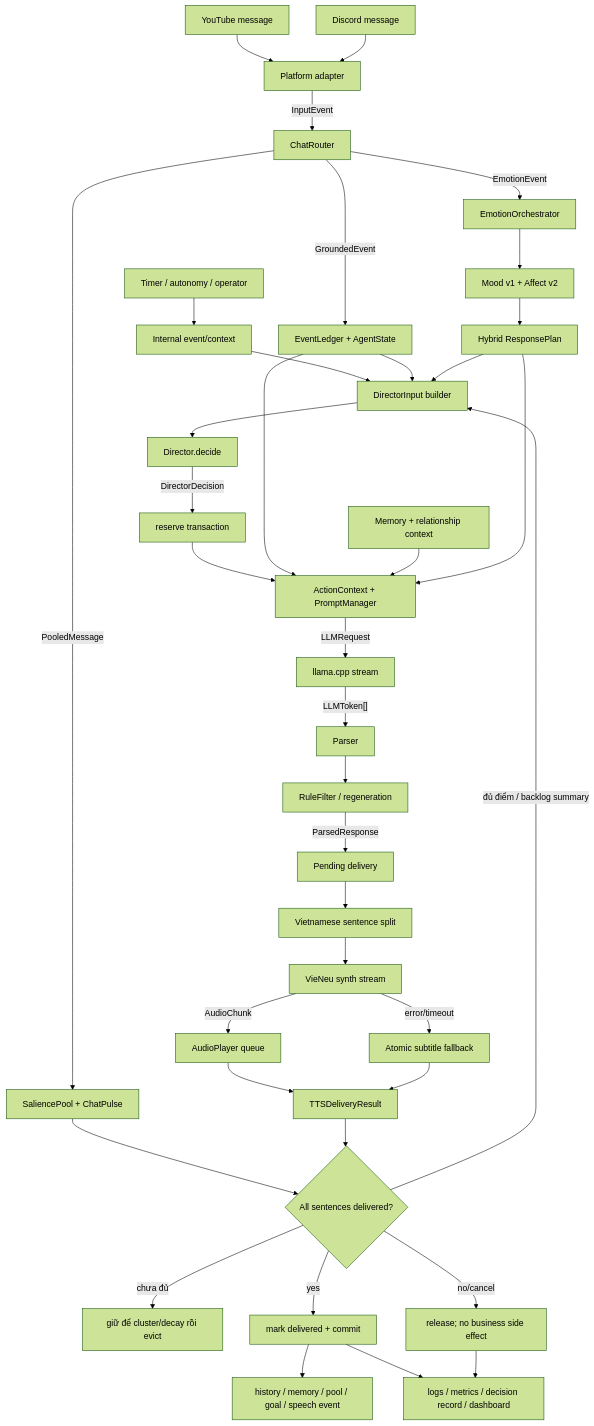
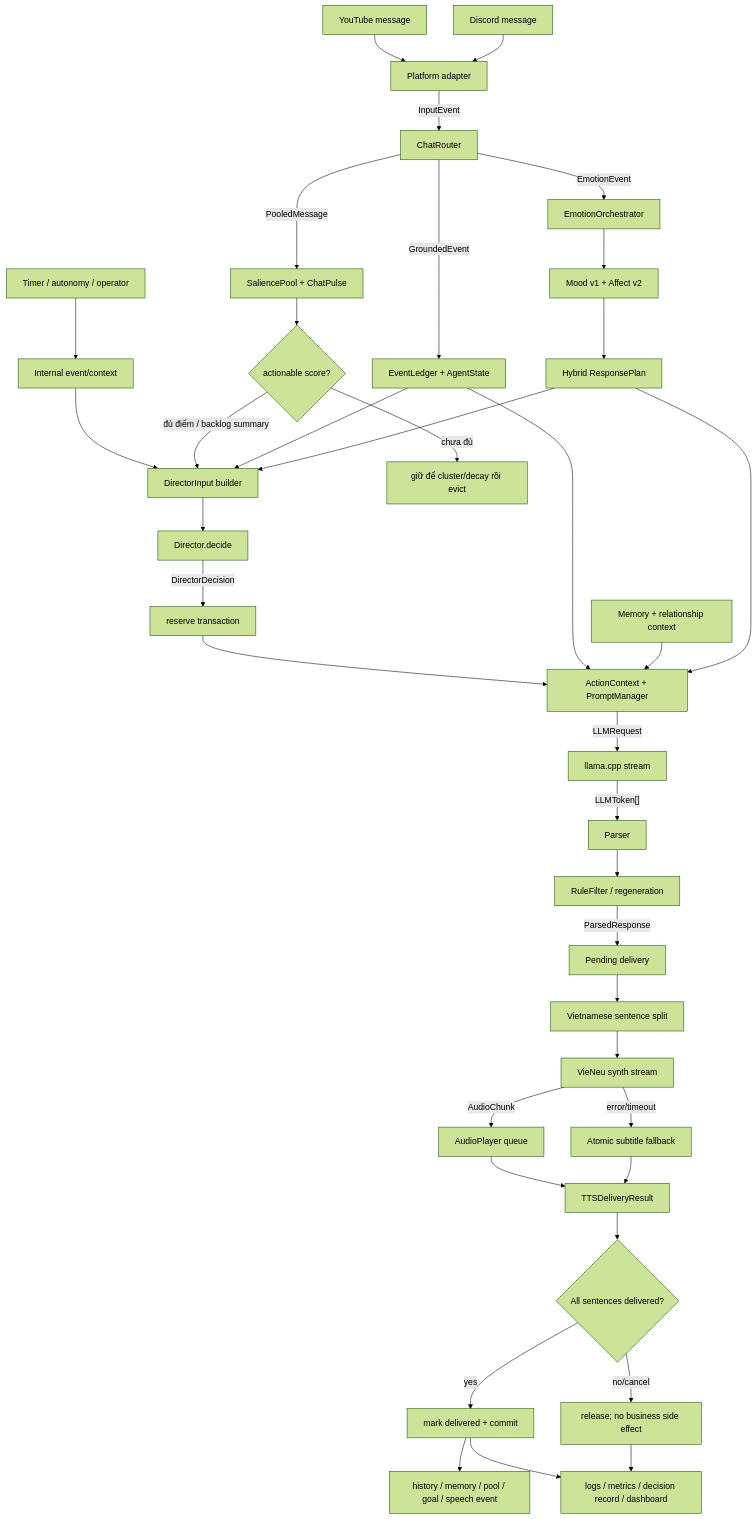
One commit to nguyenquang19/VTUBER_PROJECT changed the first of 3 diagrams in v1.0/docs/02_DATA_PIPELINE.md. Above: the diagram before and after it, drawn with Mermaid (forest theme). The commit also changed other lines of this file and 27 other files, not shown here.

````diff
--- a/v1.0/docs/02_DATA_PIPELINE.md
+++ b/v1.0/docs/02_DATA_PIPELINE.md
@@ -5,40 +10,40 @@
 ```mermaid
 flowchart TD
     I1["YouTube message"] --> AD["Platform adapter"]
     I2["Discord message"] --> AD
     I3["Timer / autonomy / operator"] --> IN["Internal event/context"]
     AD -->|"InputEvent"| ROUTER["ChatRouter"]
     ROUTER -->|"EmotionEvent"| EMO["EmotionOrchestrator"]
     EMO --> MOOD["Mood v1 + Affect v2"]
     MOOD --> PLAN["Hybrid ResponsePlan"]
     ROUTER -->|"PooledMessage"| SAL["SaliencePool + ChatPulse"]
-    SAL --> GATE{"actionable score?"}
+    SAL --> ACTION_GATE{"actionable score?"}
     ROUTER -->|"GroundedEvent"| STATE["EventLedger + AgentState"]
     IN --> DIRIN["DirectorInput builder"]
-    GATE -->|"đủ điểm / backlog summary"| DIRIN
-    GATE -->|"chưa đủ"| HOLD["giữ để cluster/decay rồi evict"]
+    ACTION_GATE -->|"đủ điểm / backlog summary"| DIRIN
+    ACTION_GATE -->|"chưa đủ"| HOLD["giữ để cluster/decay rồi evict"]
     STATE --> DIRIN
     PLAN --> DIRIN
     DIRIN --> DIR["Director.decide"]
     DIR -->|"DirectorDecision"| TXR["reserve transaction"]
     TXR --> CTX["ActionContext + PromptManager"]
     STATE --> CTX
     MEM["Memory + relationship context"] --> CTX
     PLAN --> CTX
     CTX -->|"LLMRequest"| LLM["llama.cpp stream"]
     LLM -->|"LLMToken[]"| PARSE["Parser"]
     PARSE --> FILTER["RuleFilter / regeneration"]
     FILTER -->|"ParsedResponse"| PENDING["Pending delivery"]
     PENDING --> SPLIT["Vietnamese sentence split"]
     SPLIT --> TTS["VieNeu synth stream"]
     TTS -->|"AudioChunk"| PLAYER["AudioPlayer queue"]
     TTS -->|"error/timeout"| SUB["Atomic subtitle fallback"]
     PLAYER --> DEL["TTSDeliveryResult"]
     SUB --> DEL
-    DEL --> GATE{"All sentences delivered?"}
-    GATE -->|"yes"| COMMIT["mark delivered + commit"]
-    GATE -->|"no/cancel"| RELEASE["release; no business side effect"]
+    DEL --> DELIVERY_GATE{"All sentences delivered?"}
+    DELIVERY_GATE -->|"yes"| COMMIT["mark delivered + commit"]
+    DELIVERY_GATE -->|"no/cancel"| RELEASE["release; no business side effect"]
     COMMIT --> SIDE["history / memory / pool / goal / speech event"]
     COMMIT --> OBS["logs / metrics / decision record / dashboard"]
     RELEASE --> OBS
 ```
````
